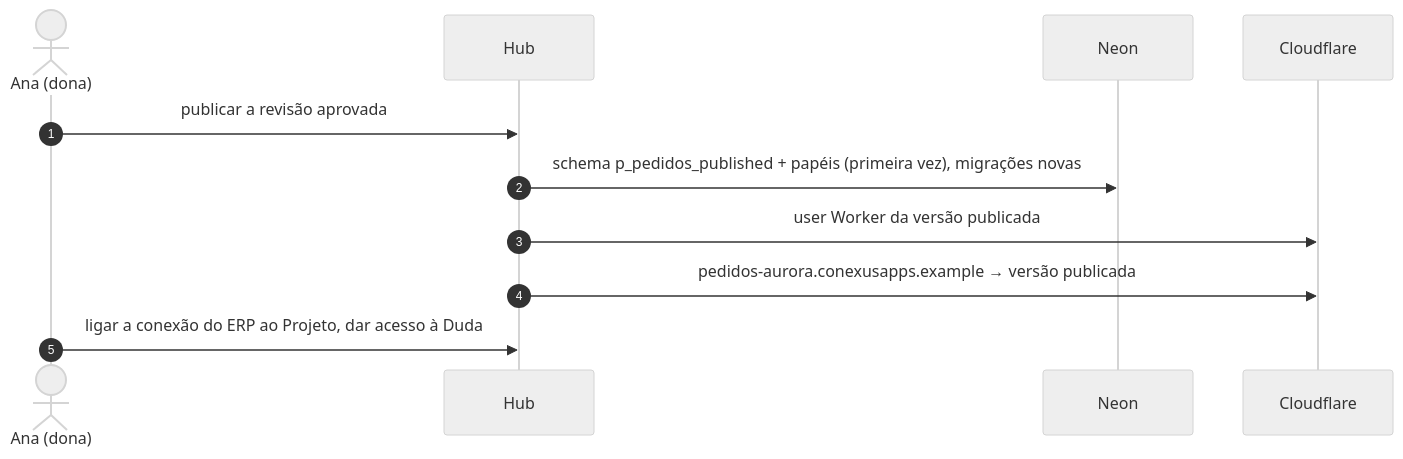
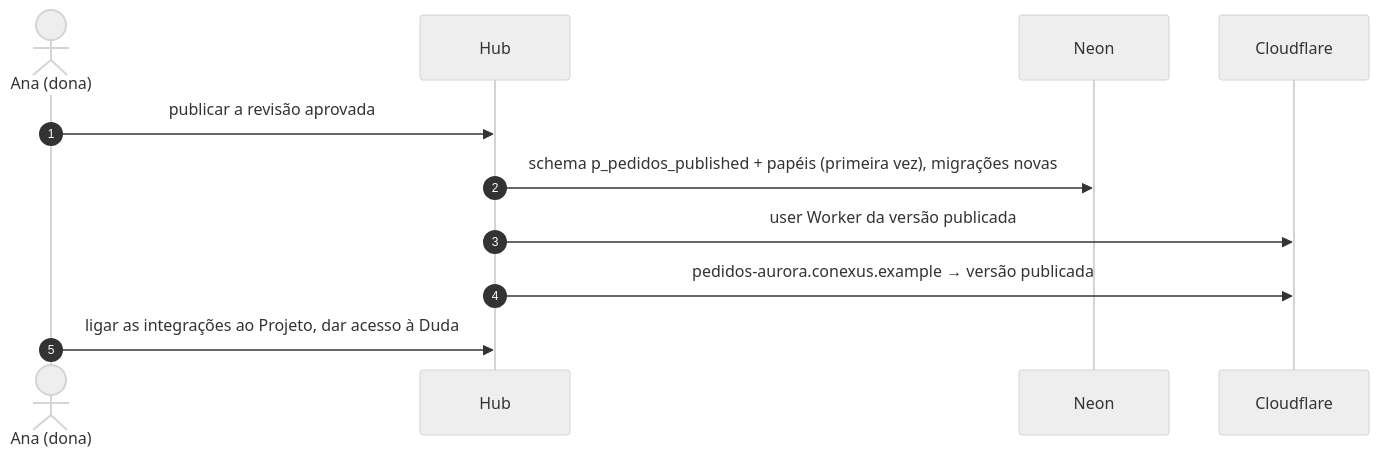
Before and after one commit to developmentconexus-ops/conexus-os: the seventh of 8 diagrams in docs/research/architecture/target-design.md, drawn with Mermaid (neutral theme). The commit also changed other lines of this file and 1 other file, not shown here.

First line of the commit message:
docs(research): record the operator's batch answers; integrations beyond ERP; one domain

````diff
--- a/docs/research/architecture/target-design.md
+++ b/docs/research/architecture/target-design.md
@@ -353,13 +376,13 @@
 ```mermaid
 sequenceDiagram
   autonumber
   actor Ana as Ana (dona)
   participant Hub as Hub
   participant N as Neon
   participant CF as Cloudflare
   Ana->>Hub: publicar a revisão aprovada
   Hub->>N: schema p_pedidos_published + papéis (primeira vez), migrações novas
   Hub->>CF: user Worker da versão publicada
-  Hub->>CF: pedidos-aurora.conexusapps.example → versão publicada
-  Ana->>Hub: ligar a conexão do ERP ao Projeto, dar acesso à Duda
+  Hub->>CF: pedidos-aurora.conexus.example → versão publicada
+  Ana->>Hub: ligar as integrações ao Projeto, dar acesso à Duda
 ```
````
